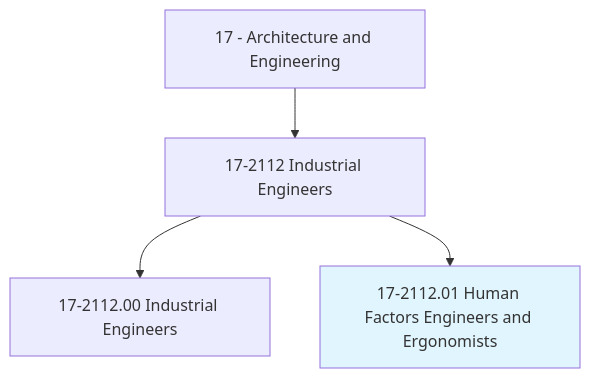
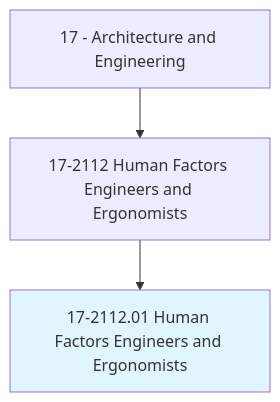
The first of 4 diagrams in occupations/Architecture/HumanFactorsEngineersAndErgonomists.mdx (kziemski/business.org.ai), drawn with Mermaid before and after one commit. The commit also changed other lines of this file and 938 other files, not shown here.

````diff
--- a/occupations/Architecture/HumanFactorsEngineersAndErgonomists.mdx
+++ b/occupations/Architecture/HumanFactorsEngineersAndErgonomists.mdx
@@ -19,7 +23,6 @@
 ```mermaid
 graph TD
-    Cat17["17 - Architecture and Engineering"] --> Group172112["17-2112 Industrial Engineers"]
-    Group172112 --> Base["17-2112.00 Industrial Engineers"]
+    Cat17["17 - Architecture and Engineering"] --> Group172112["17-2112 Human Factors Engineers and Ergonomists"]
     Group172112 --> Current["17-2112.01 Human Factors Engineers and Ergonomists"]
     style Current fill:#e1f5fe
 ```
````
